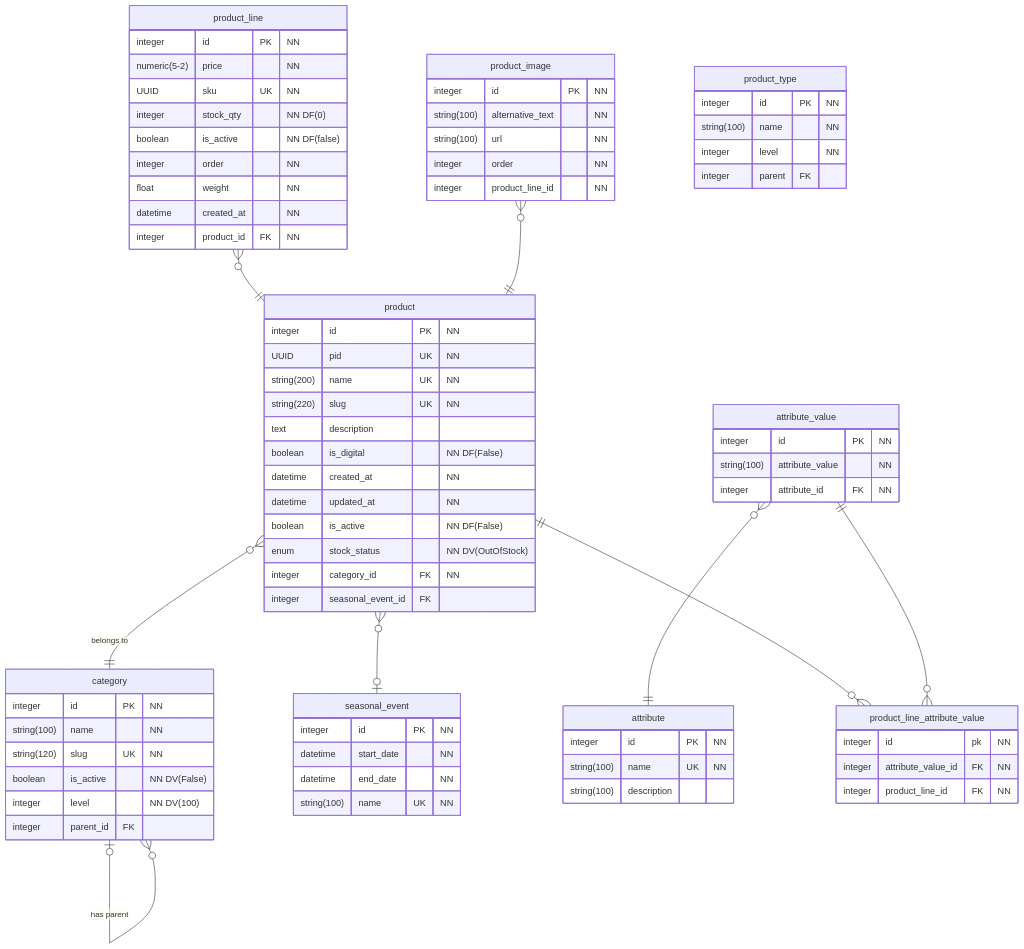
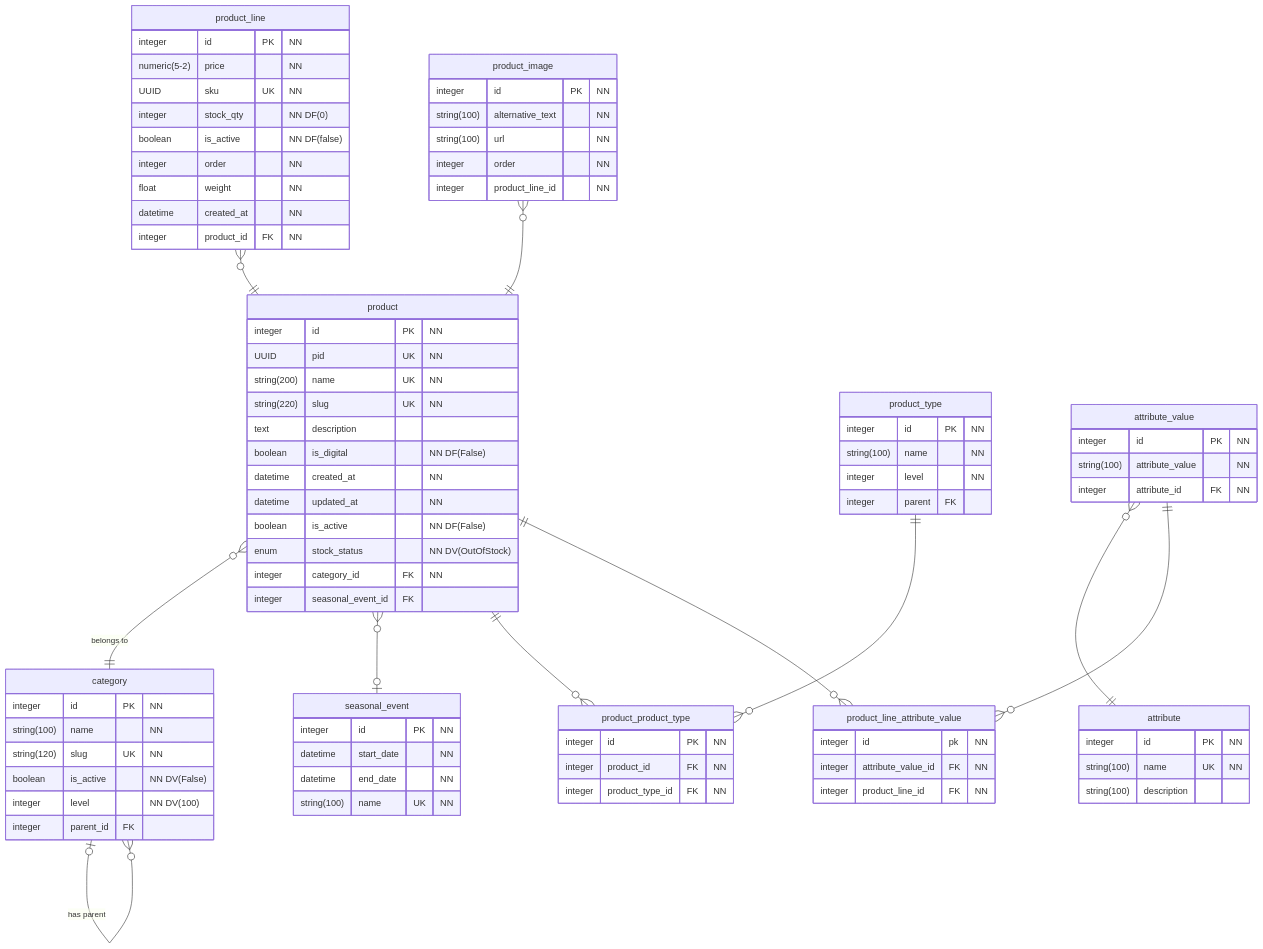
The diagram in README.md (BrunoSoaresEngineering/fastAPI-learning-project), drawn with Mermaid before and after one commit. The commit also changed 3 other files, not shown here.

Commit message:
feat: add "product_product_type" table

````diff
--- a/README.md
+++ b/README.md
@@ -53,6 +53,12 @@
       integer parent FK
     }
 
+    product_product_type {
+      integer id PK "NN"
+      integer product_id FK "NN"
+      integer product_type_id FK "NN"
+    }
+
     seasonal_event {
       integer id PK "NN"
       datetime start_date "NN"
@@ -81,10 +87,12 @@
     category |o--o{ category : "has parent"
     product }o--|| category: "belongs to"
     product }o--o| seasonal_event: ""
+    product ||--o{ product_product_type: ""
     product ||--o{ product_line_attribute_value: ""
     product_line }o--|| product: ""
     product_image }o--|| product: ""
     attribute_value }o--|| attribute: ""
     attribute_value ||--o{  product_line_attribute_value: ""
+    product_type ||--o{ product_product_type: ""
 
 ```
````
